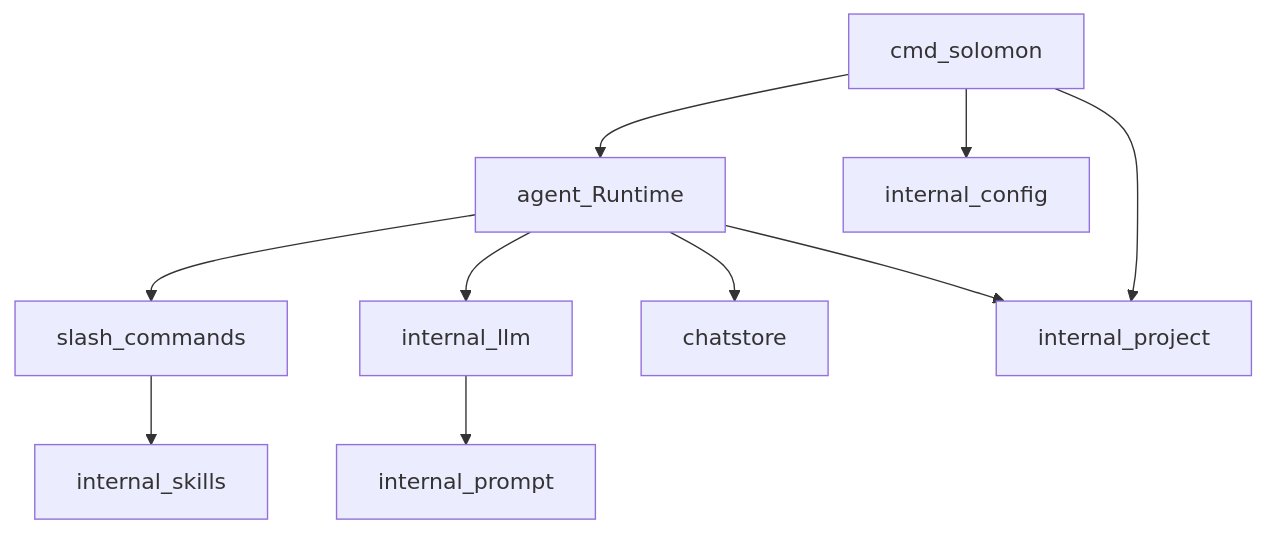
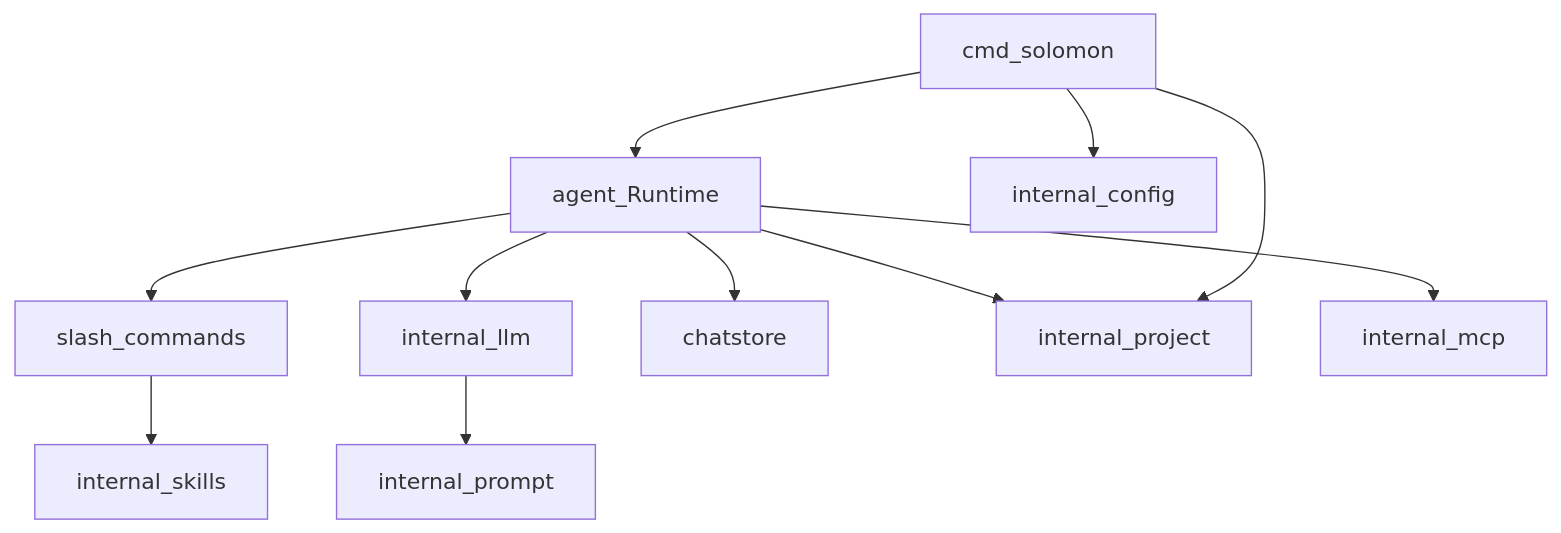
Before and after one commit to SAPPHIR3-ROS3/Solomon: the second of 3 diagrams in README.md, drawn with Mermaid. The commit also changed other lines of this file, not shown here.

First line of the commit message:
Update README architecture and MCP documentation

````diff
--- a/README.md
+++ b/README.md
@@ -121,21 +155,23 @@
 ```mermaid
 flowchart TB
   cmd[cmd_solomon]
   runtime[agent_Runtime]
   slash[slash_commands]
   llm_pkg[internal_llm]
   store[chatstore]
   proj_mod[internal_project]
   skills_pkg[internal_skills]
   prompt_pkg[internal_prompt]
+  mcp_pkg[internal_mcp]
   cfg[internal_config]
   cmd --> cfg
   cmd --> proj_mod
   cmd --> runtime
   runtime --> slash
   runtime --> llm_pkg
   runtime --> store
   runtime --> proj_mod
+  runtime --> mcp_pkg
   slash --> skills_pkg
   llm_pkg --> prompt_pkg
 ```
````
